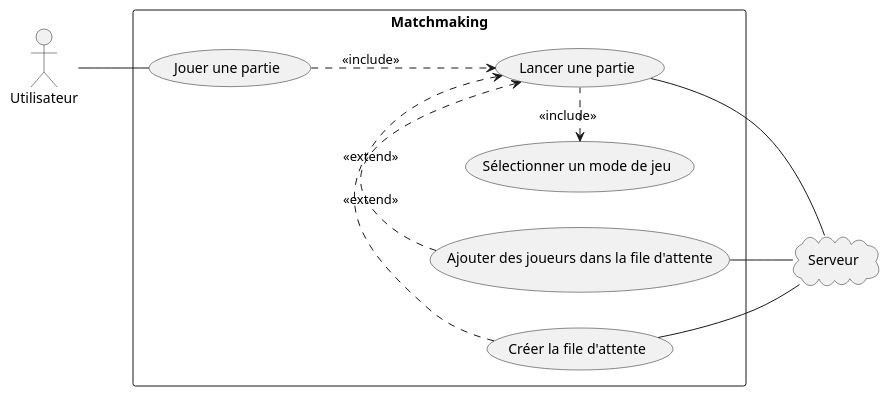
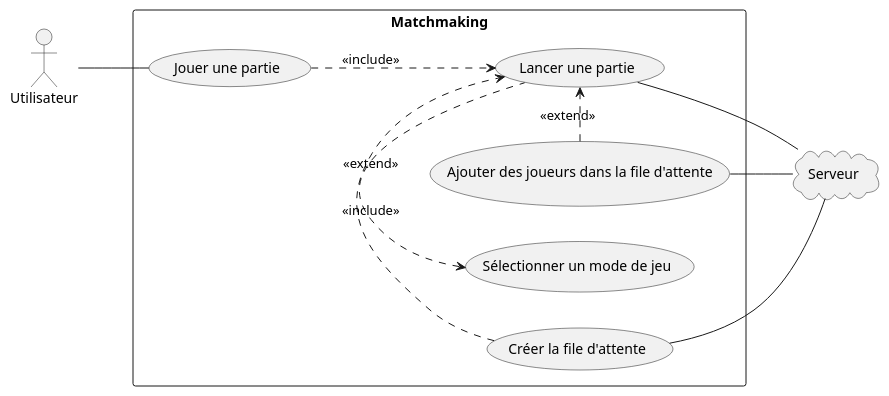
Before and after one commit to ulb-info2-group5/Royal-Blocks: the diagram in SRD-DOC/uml/usescase/matchmaking/matchmaking.plantuml, drawn with PlantUML. The commit also changed 17 other files, not shown here.

Commit message:
Syntax update for the use case diagram

```diff
--- a/SRD-DOC/uml/usescase/matchmaking/matchmaking.plantuml
+++ b/SRD-DOC/uml/usescase/matchmaking/matchmaking.plantuml
@@ -1,34 +1,36 @@
 @startuml matchmaking
 
 left to right direction
 actor Utilisateur as user
 
 '#TODO: should we add join as viewer in matchmaking
 together {
     cloud "Serveur" as server
 
     rectangle "Matchmaking" as matchmaking {
+        usecase "Créer la file d'attente" as create_queue
         usecase "Jouer une partie" as play_game
 
         usecase "Sélectionner un mode de jeu" as select_gamemode
 
         usecase "Lancer une partie" as start_game
 
-        usecase "Créer la file d'attente" as create_queue
+        
 
         usecase "Ajouter des joueurs dans la file d'attente" as add_players_to_queue
     }
 }
-
+start_game <-left. create_queue: <<extend>>
+start_game <-left. add_players_to_queue: <<extend>>
 play_game .-> start_game: <<include>>
 start_game .left-> select_gamemode: <<include>>
-start_game <-left. create_queue: <<extend>>
-start_game <-left. add_players_to_queue: <<extend>>
+
+
 
 create_queue -- server
 add_players_to_queue -- server
 start_game -- server
 
 user -- play_game
  
 @enduml
```
